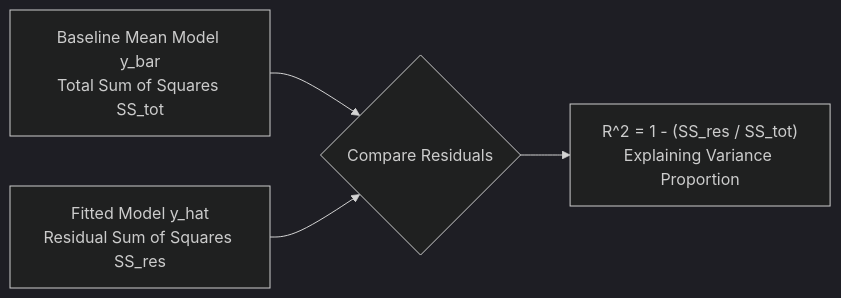
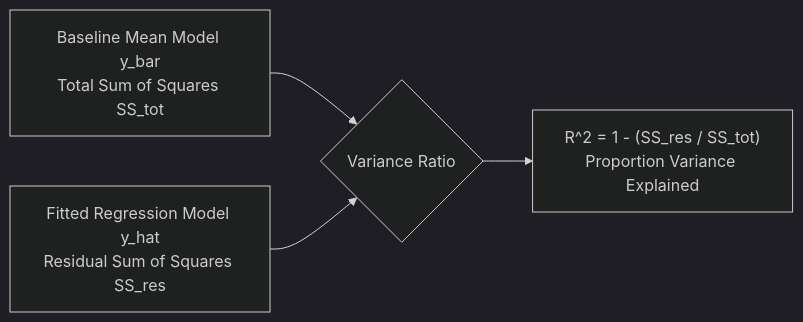
One commit to xrcodexcode/xr_node changed the second of 3 diagrams in 01_RAW/PROCESS/learn-core-machine-learning-part-05.md. Above: the diagram before and after it, drawn with Mermaid (dark theme). The commit also changed other lines of this file and 15 other files, not shown here.

````diff
--- a/01_RAW/PROCESS/learn-core-machine-learning-part-05.md
+++ b/01_RAW/PROCESS/learn-core-machine-learning-part-05.md
@@ -83,6 +84,6 @@
 ```mermaid
 flowchart LR
-    Baseline["Baseline Mean Model y_bar<br/>Total Sum of Squares SS_tot"] --> Comparison{"Compare Residuals"}
-    Model["Fitted Model y_hat<br/>Residual Sum of Squares SS_res"] --> Comparison
-    Comparison --> R2["R^2 = 1 - (SS_res / SS_tot)<br/>Explaining Variance Proportion"]
+    Baseline["Baseline Mean Model y_bar<br/>Total Sum of Squares SS_tot"] --> Diff{"Variance Ratio"}
+    Model["Fitted Regression Model y_hat<br/>Residual Sum of Squares SS_res"] --> Diff
+    Diff --> R2["R^2 = 1 - (SS_res / SS_tot)<br/>Proportion Variance Explained"]
 ```
````
